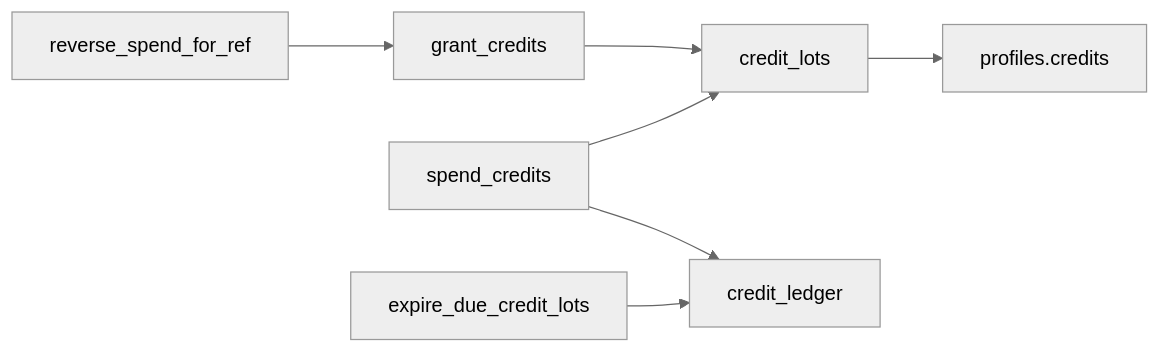
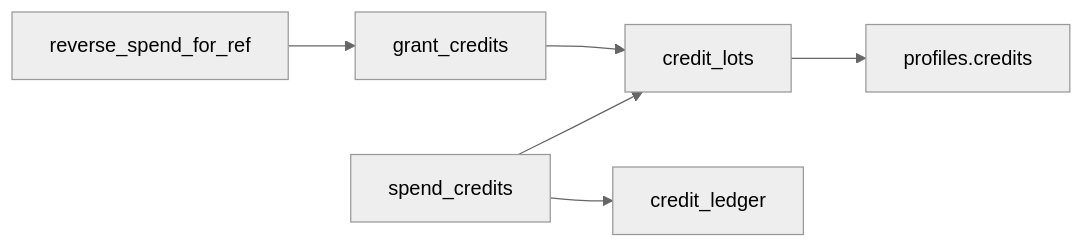
The diagram in docs/payments-credits.md (pavol-drozdik/jobbie), drawn with Mermaid (neutral theme) before and after one commit. The commit also changed other lines of this file and 252 other files, not shown here.

````diff
--- a/docs/payments-credits.md
+++ b/docs/payments-credits.md
@@ -153,17 +153,15 @@
 ```mermaid
 
 flowchart LR
 
   grant[grant_credits] --> lots[credit_lots]
 
   lots --> balance[profiles.credits]
 
   spend[spend_credits] --> ledger[credit_ledger]
 
   spend --> lots
 
-  expire[expire_due_credit_lots] --> ledger
-
   reverse[reverse_spend_for_ref] --> grant
 
 ```
````
